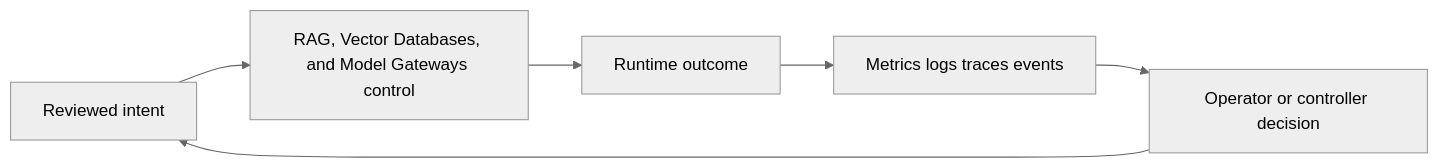
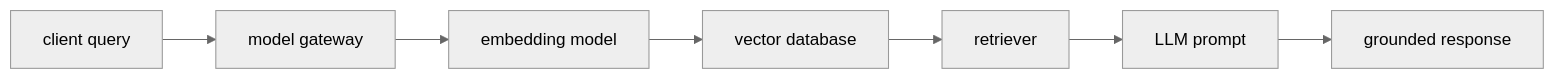
Before and after one commit to m1mohamad/devops-sre-prep: the diagram in docs/study/ai-platform/05-rag-vector-databases-and-model-gateways.md, drawn with Mermaid (neutral theme). The commit also changed other lines of this file and 61 other files, not shown here.

Commit message:
Replace generic architecture and study templates

````diff
--- a/docs/study/ai-platform/05-rag-vector-databases-and-model-gateways.md
+++ b/docs/study/ai-platform/05-rag-vector-databases-and-model-gateways.md
@@ -20,8 +15,4 @@
 ```mermaid
 flowchart LR
-  Intent[Reviewed intent] --> Control[RAG, Vector Databases, and Model Gateways control]
-  Control --> Runtime[Runtime outcome]
-  Runtime --> Signals[Metrics logs traces events]
-  Signals --> Decision[Operator or controller decision]
-  Decision --> Intent
+  N0[client query] --> N1[model gateway] --> N2[embedding model] --> N3[vector database] --> N4[retriever] --> N5[LLM prompt] --> N6[grounded response]
 ```
````
